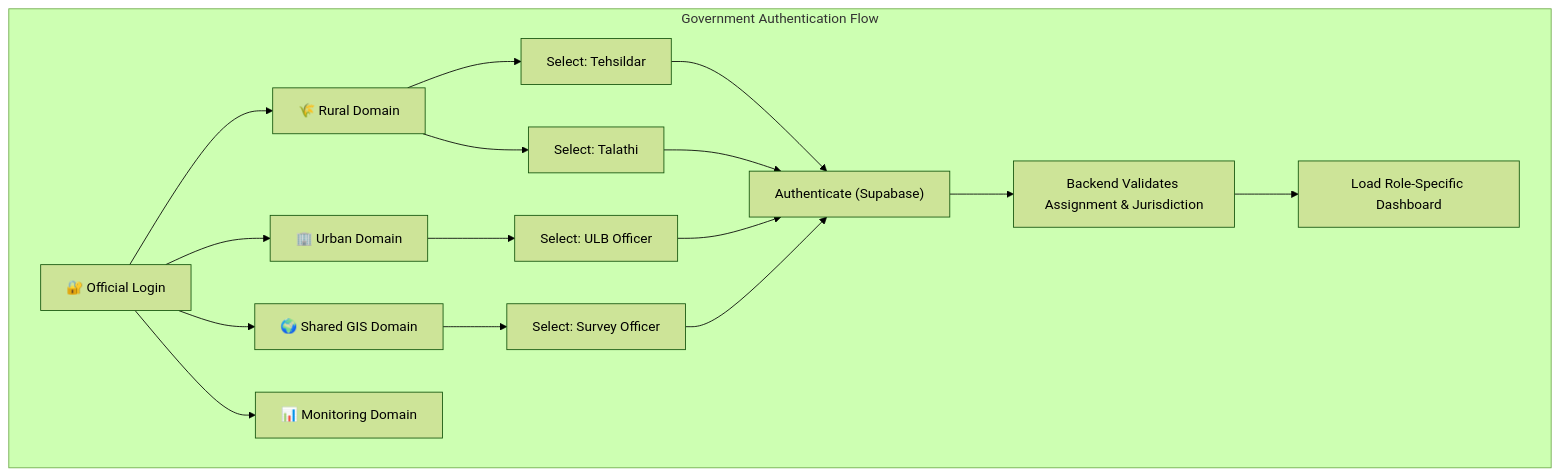
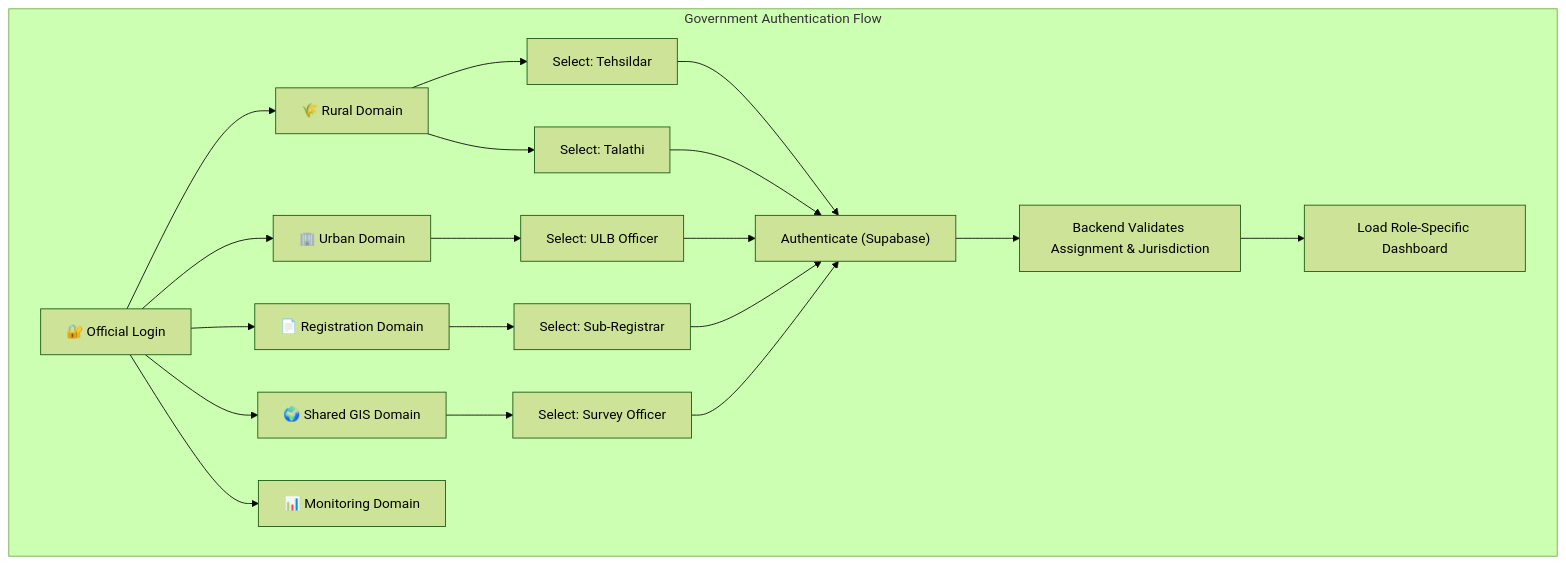
The first of 2 diagrams in docs/main-docs/GOVERNMENT_PORTAL_ARCHITECTURE.md (Abhishekgujar28/LAND-STACK), drawn with Mermaid (forest theme) before and after one commit. The commit also changed other lines of this file and 11 other files, not shown here.

````diff
--- a/docs/main-docs/GOVERNMENT_PORTAL_ARCHITECTURE.md
+++ b/docs/main-docs/GOVERNMENT_PORTAL_ARCHITECTURE.md
@@ -26,28 +26,32 @@
 ```mermaid
 graph TD
     subgraph "Government Authentication Flow"
         LOGIN["🔐 Official Login"]
         D_RURAL["🌾 Rural Domain"]
         D_URBAN["🏢 Urban Domain"]
+        D_REG["📄 Registration Domain"]
         D_GIS["🌍 Shared GIS Domain"]
         D_MONITOR["📊 Monitoring Domain"]
         
         LOGIN --> D_RURAL
         LOGIN --> D_URBAN
+        LOGIN --> D_REG
         LOGIN --> D_GIS
         LOGIN --> D_MONITOR
         
         D_RURAL --> R_TEHSILDAR["Select: Tehsildar"]
         D_RURAL --> R_TALATHI["Select: Talathi"]
         D_URBAN --> R_ULB["Select: ULB Officer"]
+        D_REG --> R_SRO["Select: Sub-Registrar"]
         D_GIS --> R_SURVEY["Select: Survey Officer"]
         
         R_TEHSILDAR --> AUTH["Authenticate (Supabase)"]
         R_TALATHI --> AUTH
         R_ULB --> AUTH
+        R_SRO --> AUTH
         R_SURVEY --> AUTH
         
         AUTH --> VALIDATE["Backend Validates Assignment & Jurisdiction"]
         VALIDATE --> DASH["Load Role-Specific Dashboard"]
     end
 ```
````
